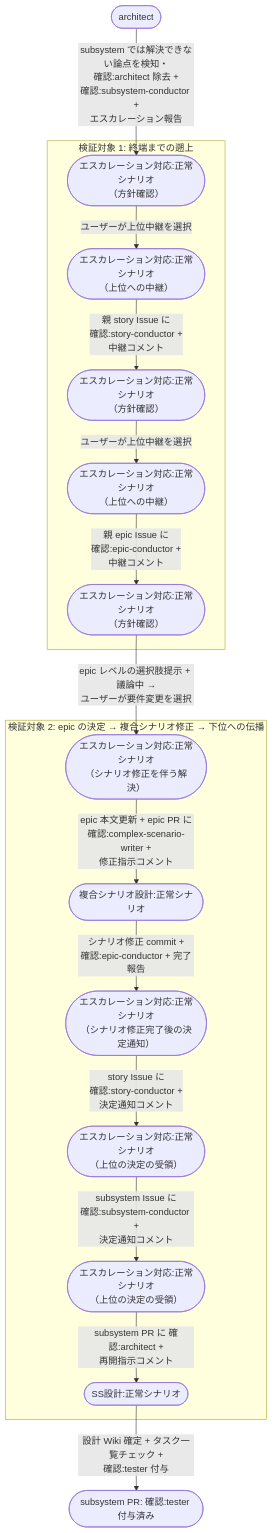
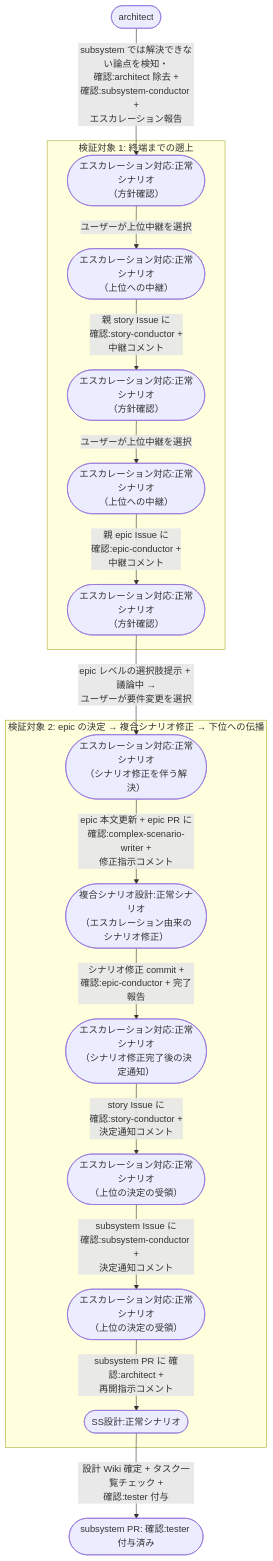
Before and after one commit to shuhei1101/ai-monitor: the diagram in docs/wiki/設計図/シナリオ/複合ユースケース/エスカレーションのepicレベル解決.md, drawn with Mermaid. The commit also changed other lines of this file and 60 other files, not shown here.

````diff
--- a/docs/wiki/設計図/シナリオ/複合ユースケース/エスカレーションのepicレベル解決.md
+++ b/docs/wiki/設計図/シナリオ/複合ユースケース/エスカレーションのepicレベル解決.md
@@ -27,34 +29,34 @@
 ```mermaid
 flowchart TD
   A0([architect]) -->|subsystem では解決できない論点を検知・<br>確認:architect 除去 +<br>確認:subsystem-conductor +<br>エスカレーション報告| UC1
 
   subgraph FOCUS1["検証対象 1: 終端までの遡上"]
     UC1([エスカレーション対応:正常シナリオ<br>（方針確認）]) -->|ユーザーが上位中継を選択| UC2([エスカレーション対応:正常シナリオ<br>（上位への中継）])
     UC2 -->|親 story Issue に<br>確認:story-conductor +<br>中継コメント| UC3([エスカレーション対応:正常シナリオ<br>（方針確認）])
     UC3 -->|ユーザーが上位中継を選択| UC4([エスカレーション対応:正常シナリオ<br>（上位への中継）])
     UC4 -->|親 epic Issue に<br>確認:epic-conductor +<br>中継コメント| UC5([エスカレーション対応:正常シナリオ<br>（方針確認）])
   end
 
   subgraph FOCUS2["検証対象 2: epic の決定 → 複合シナリオ修正 → 下位への伝播"]
     UC5 -->|epic レベルの選択肢提示 + 議論中 →<br>ユーザーが要件変更を選択| UC6([エスカレーション対応:正常シナリオ<br>（シナリオ修正を伴う解決）])
-    UC6 -->|epic 本文更新 + epic PR に<br>確認:complex-scenario-writer +<br>修正指示コメント| UC7([複合シナリオ設計:正常シナリオ])
+    UC6 -->|epic 本文更新 + epic PR に<br>確認:complex-scenario-writer +<br>修正指示コメント| UC7([複合シナリオ設計:正常シナリオ<br>（エスカレーション由来のシナリオ修正）])
     UC7 -->|シナリオ修正 commit +<br>確認:epic-conductor + 完了報告| UC8([エスカレーション対応:正常シナリオ<br>（シナリオ修正完了後の決定通知）])
     UC8 -->|story Issue に<br>確認:story-conductor +<br>決定通知コメント| UC9([エスカレーション対応:正常シナリオ<br>（上位の決定の受領）])
     UC9 -->|subsystem Issue に<br>確認:subsystem-conductor +<br>決定通知コメント| UC10([エスカレーション対応:正常シナリオ<br>（上位の決定の受領）])
     UC10 -->|subsystem PR に 確認:architect +<br>再開指示コメント| UC11([SS設計:正常シナリオ])
   end
 
   UC11 -->|設計 Wiki 確定 + タスク一覧チェック +<br>確認:tester 付与| DONE([subsystem PR: 確認:tester 付与済み])
 
   click UC1 "../単一ユースケース/エスカレーション対応.md#正常シナリオ方針確認"
   click UC2 "../単一ユースケース/エスカレーション対応.md#正常シナリオ上位への中継"
   click UC3 "../単一ユースケース/エスカレーション対応.md#正常シナリオ方針確認"
   click UC4 "../単一ユースケース/エスカレーション対応.md#正常シナリオ上位への中継"
   click UC5 "../単一ユースケース/エスカレーション対応.md#正常シナリオ方針確認"
   click UC6 "../単一ユースケース/エスカレーション対応.md#正常シナリオシナリオ修正を伴う解決"
-  click UC7 "../単一ユースケース/複合シナリオ設計.md#正常シナリオ"
+  click UC7 "../単一ユースケース/複合シナリオ設計.md#正常シナリオエスカレーション由来のシナリオ修正"
   click UC8 "../単一ユースケース/エスカレーション対応.md#正常シナリオシナリオ修正完了後の決定通知"
   click UC9 "../単一ユースケース/エスカレーション対応.md#正常シナリオ上位の決定の受領"
   click UC10 "../単一ユースケース/エスカレーション対応.md#正常シナリオ上位の決定の受領"
   click UC11 "../単一ユースケース/SS設計.md#正常シナリオ"
 ```
````
